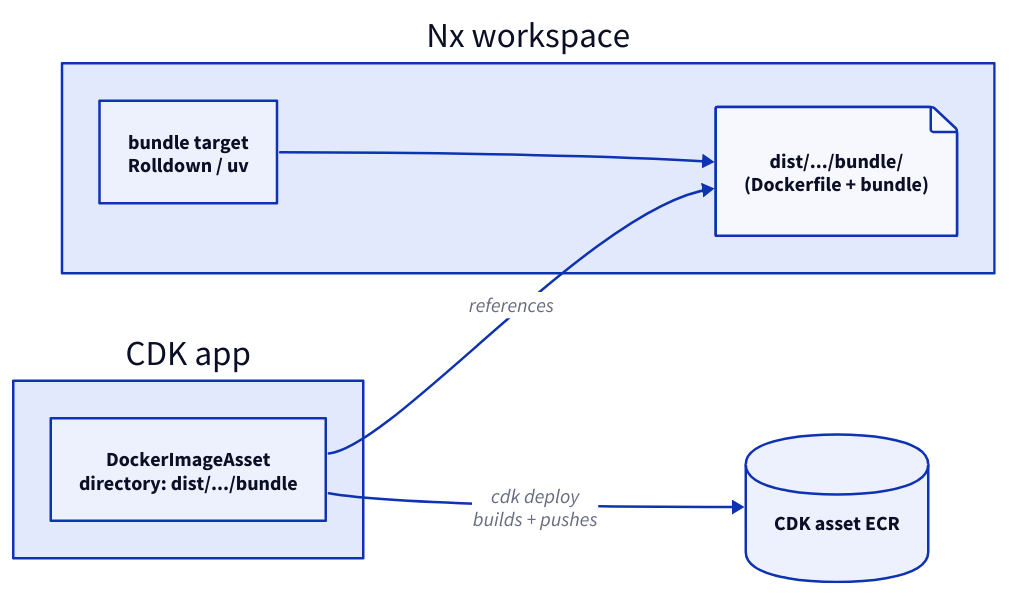
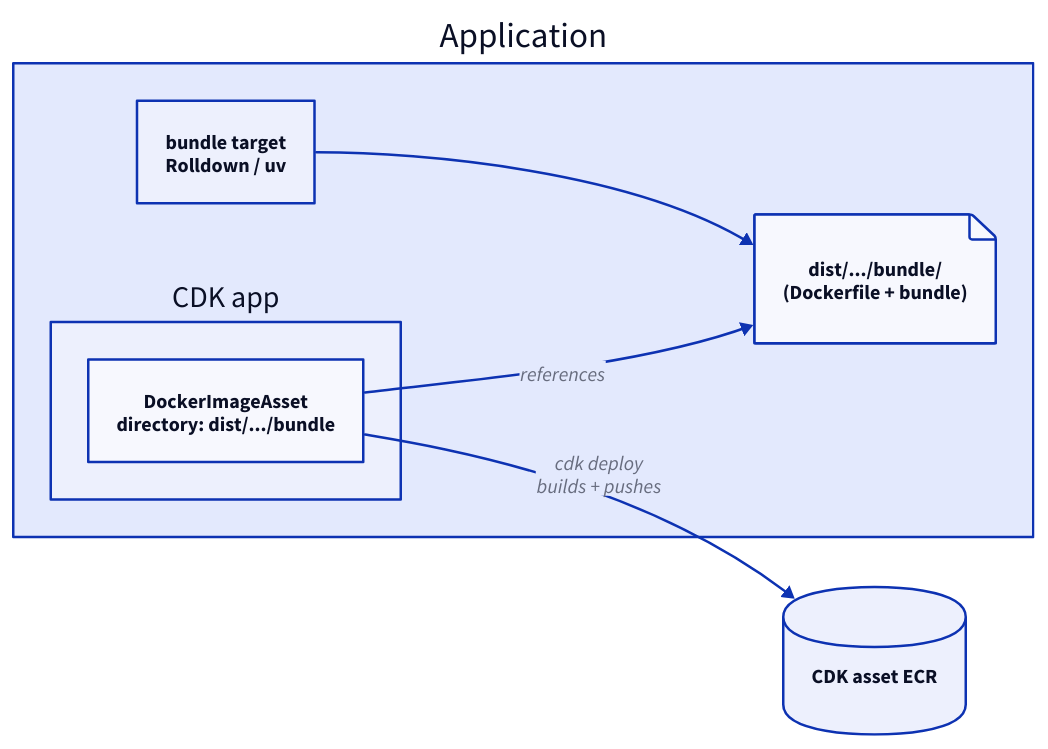
Before and after one commit to awslabs/nx-plugin-for-aws: the second of 3 diagrams in docs/src/content/docs/en/guides/docker-bundling.mdx, drawn with D2. The commit also changed other lines of this file, not shown here.

First line of the commit message:
docs(docker-bundling): relabel CDK container as "Application", stack Terraform diagram vertically

````diff
--- a/docs/src/content/docs/en/guides/docker-bundling.mdx
+++ b/docs/src/content/docs/en/guides/docker-bundling.mdx
@@ -260,22 +260,21 @@
 ```d2
 direction: right
 
-nx: Nx workspace {
+app: Application {
   bundle: "bundle target\nRolldown / uv"
   ctx: "dist/.../bundle/\n(Dockerfile + bundle)" {
     shape: page
   }
+  cdk: CDK app {
+    asset: "DockerImageAsset\ndirectory: dist/.../bundle"
+  }
   bundle -> ctx
-}
-
-cdk: CDK app {
-  asset: "DockerImageAsset\ndirectory: dist/.../bundle"
+  cdk.asset -> ctx: references
 }
 
 ecr: "CDK asset ECR" {
   shape: cylinder
 }
 
-cdk.asset -> nx.ctx: references
-cdk.asset -> ecr: cdk deploy\nbuilds + pushes
+app.cdk.asset -> ecr: cdk deploy\nbuilds + pushes
 ```
````
